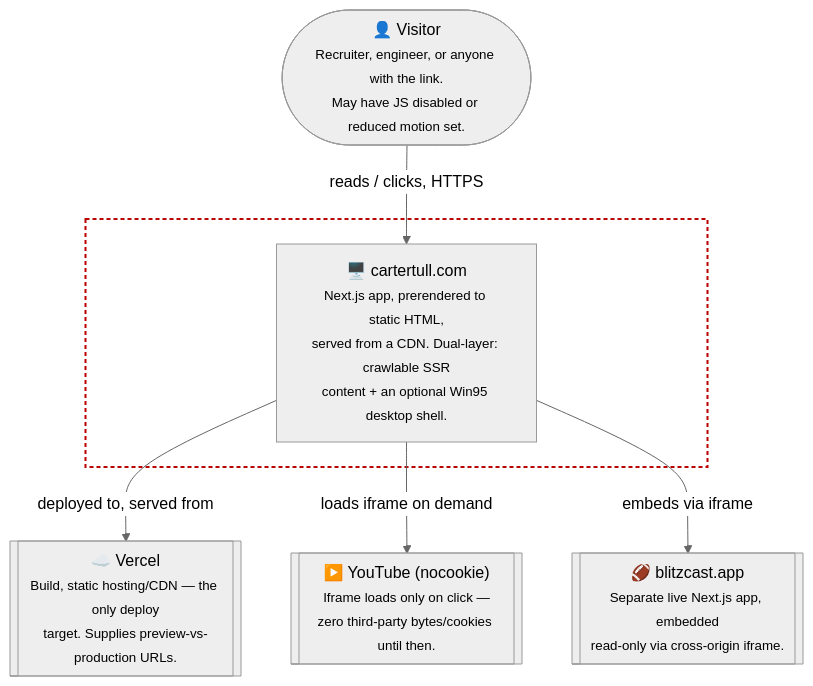
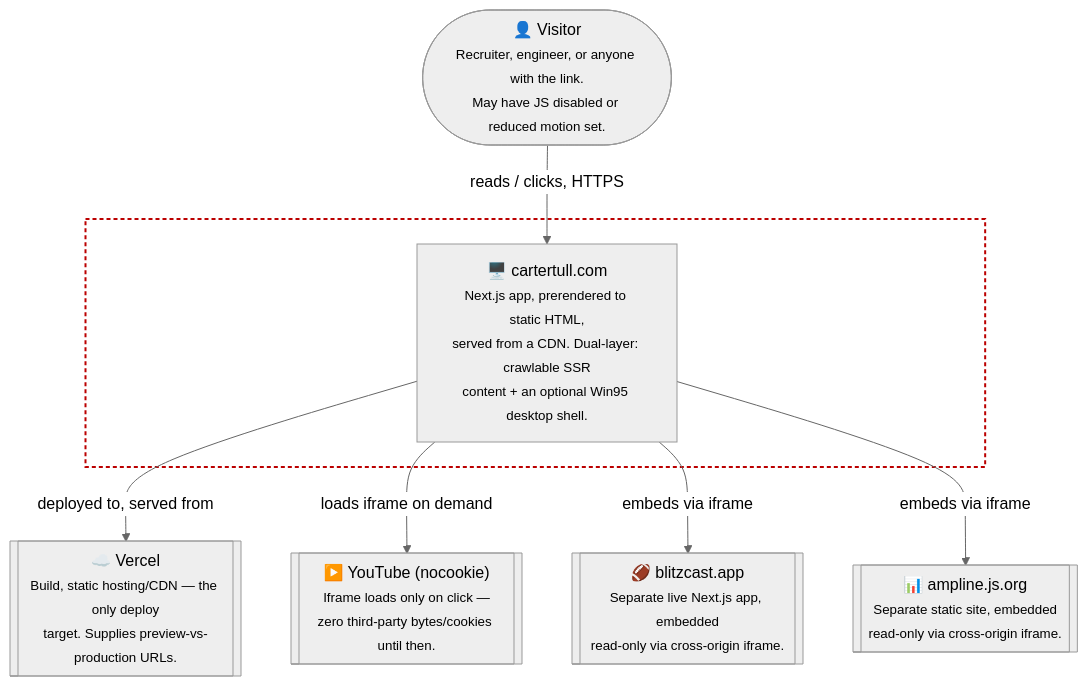
The diagram in diagrams/c4-context.md (carterptull/personal-portfolio-website), drawn with Mermaid (neutral theme) before and after one commit. The commit also changed other lines of this file and 7 other files, not shown here.

````diff
--- a/diagrams/c4-context.md
+++ b/diagrams/c4-context.md
@@ -10,19 +10,21 @@
 ```mermaid
 flowchart TB
     visitor(["👤 Visitor<br/><small>Recruiter, engineer, or anyone with the link.<br/>May have JS disabled or reduced motion set.</small>"])
 
     subgraph boundary[" "]
         portfolio["🖥️ cartertull.com<br/><small>Next.js app, prerendered to static HTML,<br/>served from a CDN. Dual-layer: crawlable SSR<br/>content + an optional Win95 desktop shell.</small>"]
     end
 
     vercel[["☁️ Vercel<br/><small>Build, static hosting/CDN — the only deploy<br/>target. Supplies preview-vs-production URLs.</small>"]]
     youtube[["▶️ YouTube (nocookie)<br/><small>Iframe loads only on click —<br/>zero third-party bytes/cookies until then.</small>"]]
     blitzcast[["🏈 blitzcast.app<br/><small>Separate live Next.js app, embedded<br/>read-only via cross-origin iframe.</small>"]]
+    ampline[["📊 ampline.js.org<br/><small>Separate static site, embedded<br/>read-only via cross-origin iframe.</small>"]]
 
     visitor -->|"reads / clicks, HTTPS"| portfolio
     portfolio -->|"deployed to, served from"| vercel
     portfolio -->|"loads iframe on demand"| youtube
     portfolio -->|"embeds via iframe"| blitzcast
+    portfolio -->|"embeds via iframe"| ampline
 
     style boundary fill:transparent,stroke:#BB0000,stroke-width:2px,stroke-dasharray: 4 3
 ```
````
